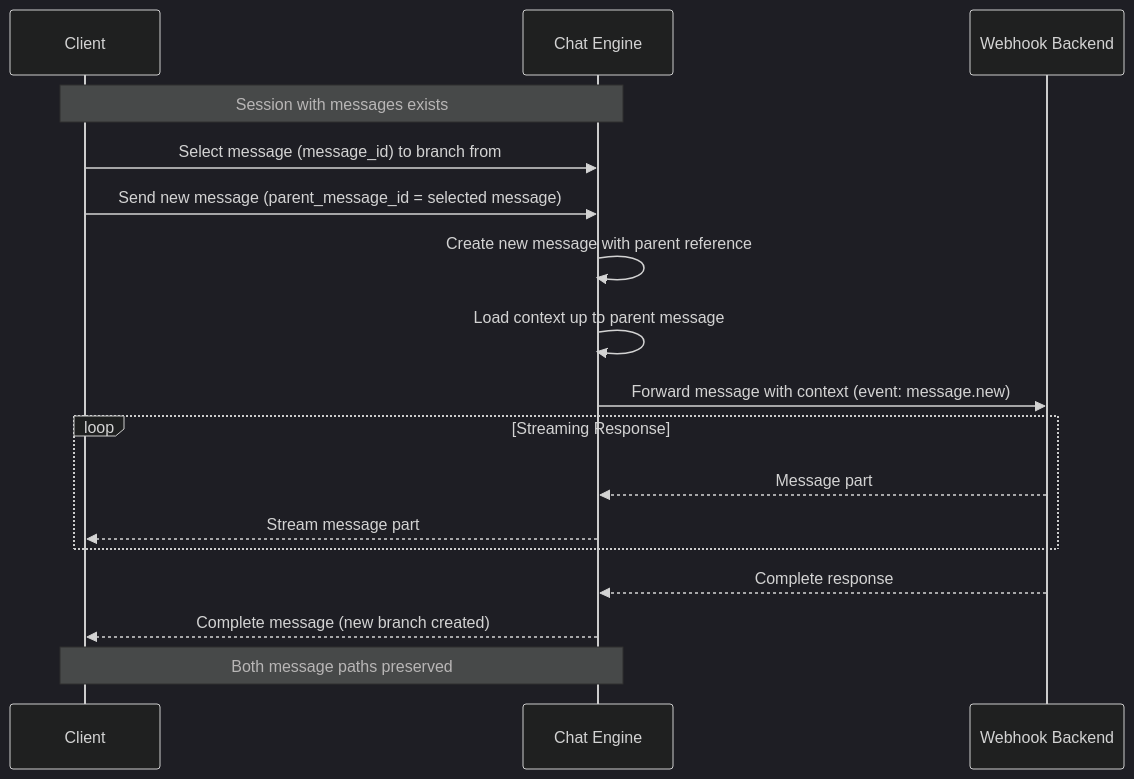
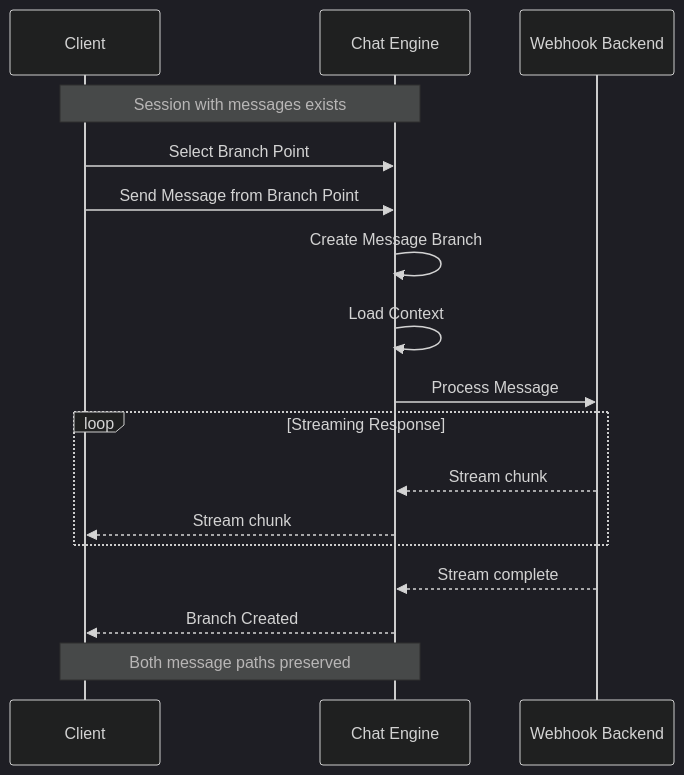
Before and after one commit to hypernetix/hyperspot: the seventh of 16 diagrams in modules/chat_engine/DESIGN.md, drawn with Mermaid (dark theme). The commit also changed other lines of this file and 25 other files, not shown here.

````diff
--- a/modules/chat_engine/DESIGN.md
+++ b/modules/chat_engine/DESIGN.md
@@ -635,25 +594,25 @@
 ```mermaid
 sequenceDiagram
     participant Client
     participant Chat Engine
     participant Webhook Backend
 
     Note over Client,Chat Engine: Session with messages exists
 
-    Client->>Chat Engine: Select message (message_id) to branch from
-    Client->>Chat Engine: Send new message (parent_message_id = selected message)
+    Client->>Chat Engine: Select Branch Point
+    Client->>Chat Engine: Send Message from Branch Point
 
-    Chat Engine->>Chat Engine: Create new message with parent reference
-    Chat Engine->>Chat Engine: Load context up to parent message
-    Chat Engine->>Webhook Backend: Forward message with context (event: message.new)
+    Chat Engine->>Chat Engine: Create Message Branch
+    Chat Engine->>Chat Engine: Load Context
+    Chat Engine->>Webhook Backend: Process Message
 
     loop Streaming Response
-        Webhook Backend-->>Chat Engine: Message part
-        Chat Engine-->>Client: Stream message part
+        Webhook Backend-->>Chat Engine: Stream chunk
+        Chat Engine-->>Client: Stream chunk
     end
 
-    Webhook Backend-->>Chat Engine: Complete response
-    Chat Engine-->>Client: Complete message (new branch created)
+    Webhook Backend-->>Chat Engine: Stream complete
+    Chat Engine-->>Client: Branch Created
 
     Note over Client,Chat Engine: Both message paths preserved
 ```
````
